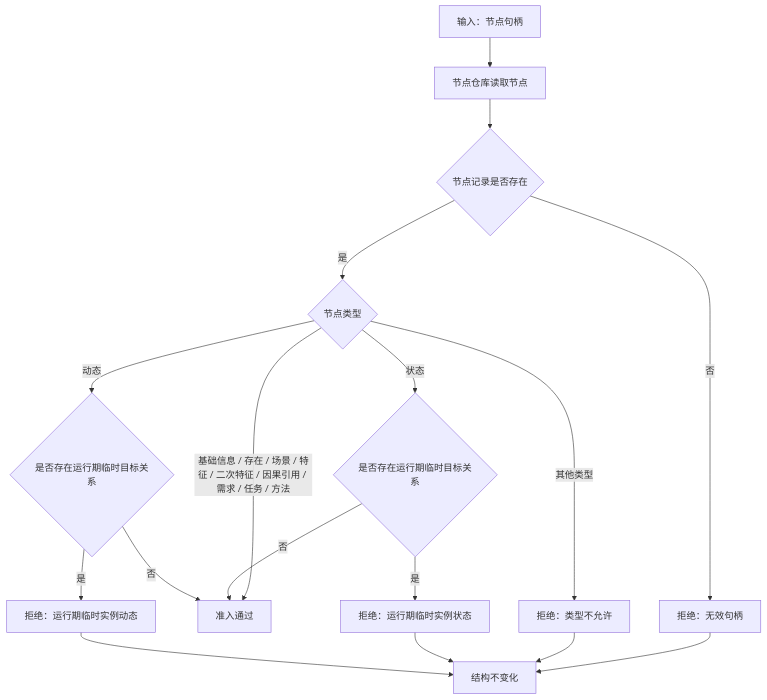
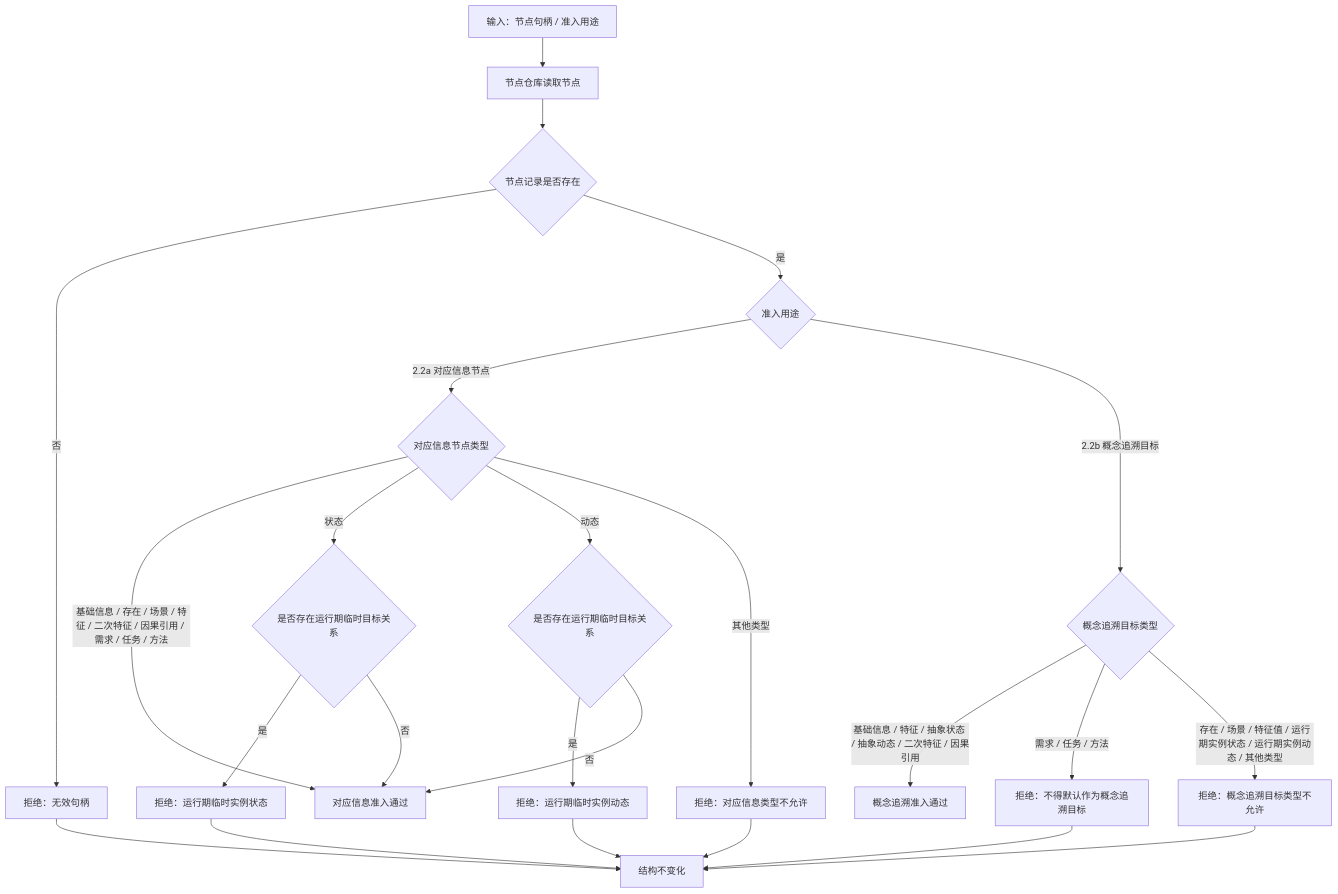
The diagram in 流程图/20260708_语素对应信息节点准入子流程图_v0.1.md (chunhaizh-cyber/HY-Ego), drawn with Mermaid before and after one commit. The commit also changed other lines of this file and 13 other files, not shown here.

Commit message:
小修语素入口材料流程图

````diff
--- a/流程图/20260708_语素对应信息节点准入子流程图_v0.1.md
+++ b/流程图/20260708_语素对应信息节点准入子流程图_v0.1.md
@@ -18,19 +20,26 @@
 ```mermaid
 flowchart TD
-    A["输入：节点句柄"] --> B["节点仓库读取节点"]
+    A["输入：节点句柄 / 准入用途"] --> B["节点仓库读取节点"]
     B --> C{"节点记录是否存在"}
     C -- "否" --> R1["拒绝：无效句柄"]
-    C -- "是" --> D{"节点类型"}
-    D -- "基础信息 / 存在 / 场景 / 特征 / 二次特征 / 因果引用 / 需求 / 任务 / 方法" --> S["准入通过"]
+    C -- "是" --> U{"准入用途"}
+    U -- "2.2a 对应信息节点" --> D{"对应信息节点类型"}
+    U -- "2.2b 概念追溯目标" --> G{"概念追溯目标类型"}
+    D -- "基础信息 / 存在 / 场景 / 特征 / 二次特征 / 因果引用 / 需求 / 任务 / 方法" --> S1["对应信息准入通过"]
     D -- "状态" --> E{"是否存在运行期临时目标关系"}
     D -- "动态" --> F{"是否存在运行期临时目标关系"}
-    D -- "其他类型" --> R2["拒绝：类型不允许"]
+    D -- "其他类型" --> R2["拒绝：对应信息类型不允许"]
     E -- "是" --> R3["拒绝：运行期临时实例状态"]
-    E -- "否" --> S
+    E -- "否" --> S1
     F -- "是" --> R4["拒绝：运行期临时实例动态"]
-    F -- "否" --> S
+    F -- "否" --> S1
+    G -- "基础信息 / 特征 / 抽象状态 / 抽象动态 / 二次特征 / 因果引用" --> S2["概念追溯准入通过"]
+    G -- "需求 / 任务 / 方法" --> R5["拒绝：不得默认作为概念追溯目标"]
+    G -- "存在 / 场景 / 特征值 / 运行期实例状态 / 运行期实例动态 / 其他类型" --> R6["拒绝：概念追溯目标类型不允许"]
     R1 --> X["结构不变化"]
     R2 --> X
     R3 --> X
     R4 --> X
+    R5 --> X
+    R6 --> X
 ```
````
